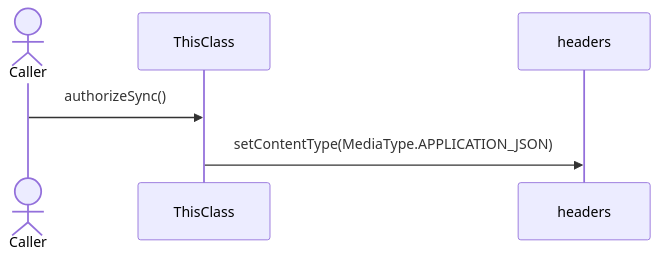
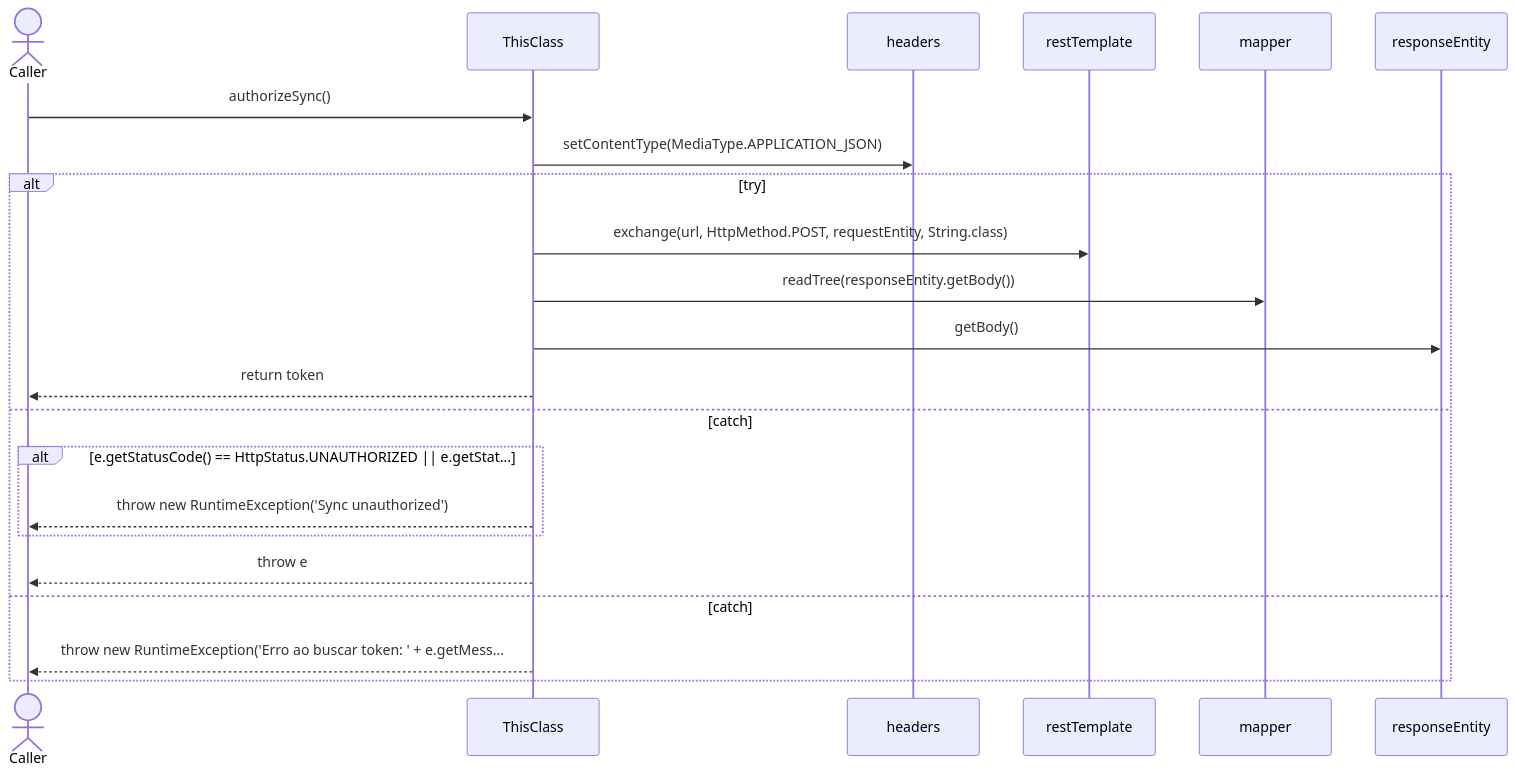
One commit to FelipeMCassiano/geanky changed the sixth of 16 diagrams in docs/CloudSyncUploadService.md. Above: the diagram before and after it, drawn with Mermaid. The commit also changed other lines of this file and 18 other files, not shown here.

````diff
--- a/docs/CloudSyncUploadService.md
+++ b/docs/CloudSyncUploadService.md
@@ -494,10 +478,26 @@
 ```mermaid
 sequenceDiagram
     actor Caller
     participant ThisClass
 
     Caller->>ThisClass: authorizeSync()
     participant headers
     ThisClass->>headers: setContentType(MediaType.APPLICATION_JSON)
+    alt try
+    participant restTemplate
+    ThisClass->>restTemplate: exchange(url, HttpMethod.POST, requestEntity, String.class)
+    participant mapper
+    ThisClass->>mapper: readTree(responseEntity.getBody())
+    participant responseEntity
+    ThisClass->>responseEntity: getBody()
+    ThisClass-->>Caller: return token
+    else catch 
+    alt e.getStatusCode() == HttpStatus.UNAUTHORIZED || e.getStat...
+    ThisClass-->>Caller: throw new RuntimeException('Sync unauthorized')
+    end
+    ThisClass-->>Caller: throw e
+    else catch 
+    ThisClass-->>Caller: throw new RuntimeException('Erro ao buscar token: ' + e.getMess...
+    end
 
 ```
````
